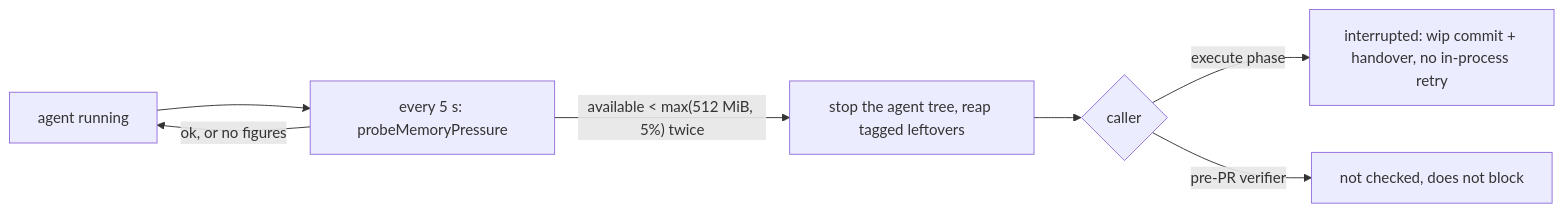
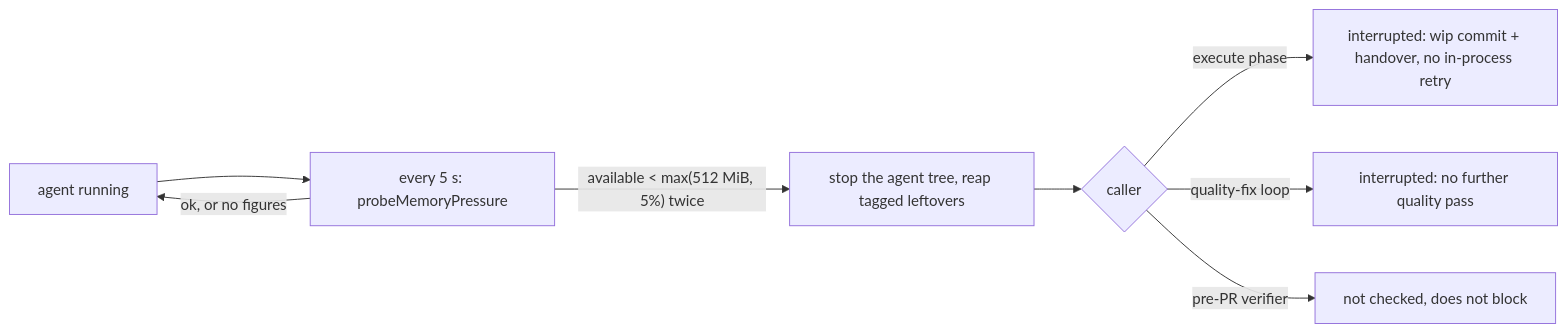
The diagram in docs/archive/pr-summaries/pr-summary-4815.md (stSoftwareAU/VibeCoder), drawn with Mermaid before and after one commit. The commit also changed other lines of this file and 5 other files, not shown here.

````diff
--- a/docs/archive/pr-summaries/pr-summary-4815.md
+++ b/docs/archive/pr-summaries/pr-summary-4815.md
@@ -67,9 +73,10 @@
 ```mermaid
 flowchart LR
     A[agent running] --> P["every 5 s: probeMemoryPressure"]
     P -->|"available < max(512 MiB, 5%) twice"| K[stop the agent tree, reap tagged leftovers]
     P -->|"ok, or no figures"| A
     K --> E{caller}
     E -->|execute phase| I["interrupted: wip commit + handover, no in-process retry"]
+    E -->|quality-fix loop| Q["interrupted: no further quality pass"]
     E -->|pre-PR verifier| N[not checked, does not block]
 ```
````
